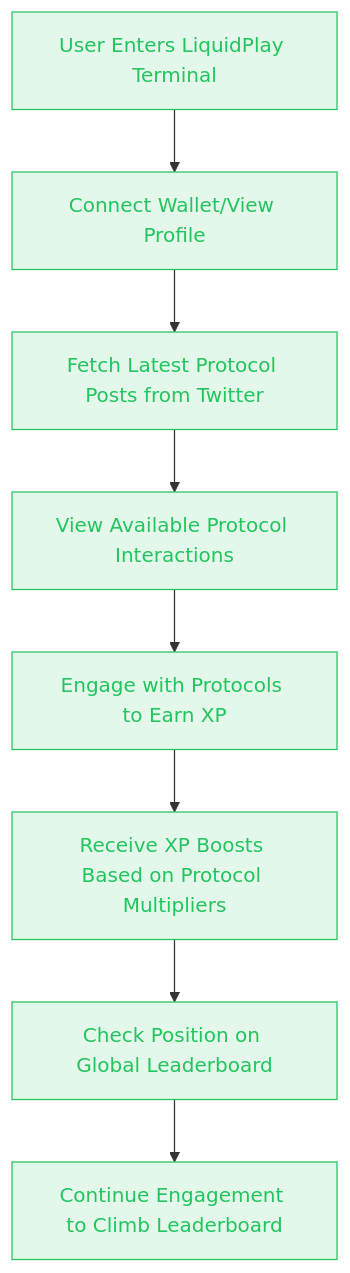
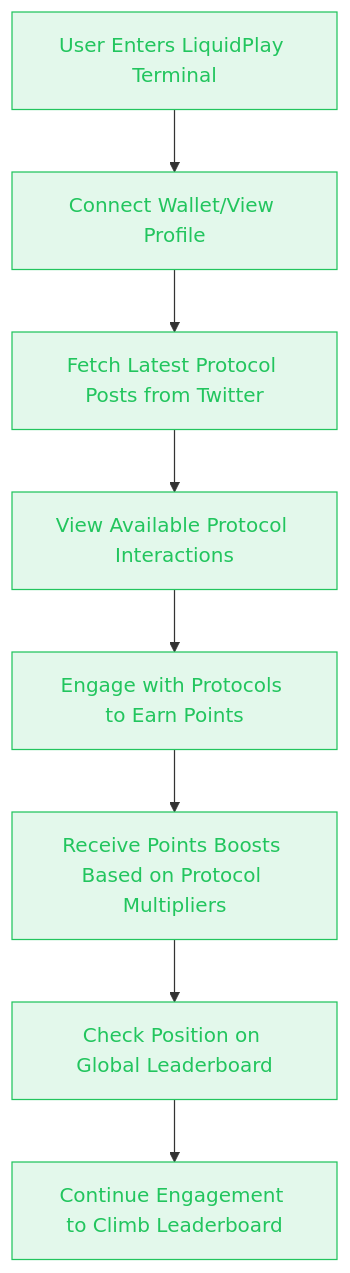
Before and after one commit to aeither/liquidplay: the first of 2 diagrams in README.md, drawn with Mermaid. The commit also changed other lines of this file and 1 other file, not shown here.

````diff
--- a/README.md
+++ b/README.md
@@ -17,19 +17,19 @@
 ```mermaid
 flowchart TD
     A[User Enters LiquidPlay Terminal] --> B[Connect Wallet/View Profile]
     B --> C[Fetch Latest Protocol Posts from Twitter]
     C --> D[View Available Protocol Interactions]
-    D --> E[Engage with Protocols to Earn XP]
-    E --> F[Receive XP Boosts Based on Protocol Multipliers]
+    D --> E[Engage with Protocols to Earn Points]
+    E --> F[Receive Points Boosts Based on Protocol Multipliers]
     F --> G[Check Position on Global Leaderboard]
     G --> H[Continue Engagement to Climb Leaderboard]
     
     style A fill:#22c55e20,stroke:#22c55e,color:#22c55e
     style B fill:#22c55e20,stroke:#22c55e,color:#22c55e
     style C fill:#22c55e20,stroke:#22c55e,color:#22c55e
     style D fill:#22c55e20,stroke:#22c55e,color:#22c55e
     style E fill:#22c55e20,stroke:#22c55e,color:#22c55e
     style F fill:#22c55e20,stroke:#22c55e,color:#22c55e
     style G fill:#22c55e20,stroke:#22c55e,color:#22c55e
     style H fill:#22c55e20,stroke:#22c55e,color:#22c55e
 ```
````
